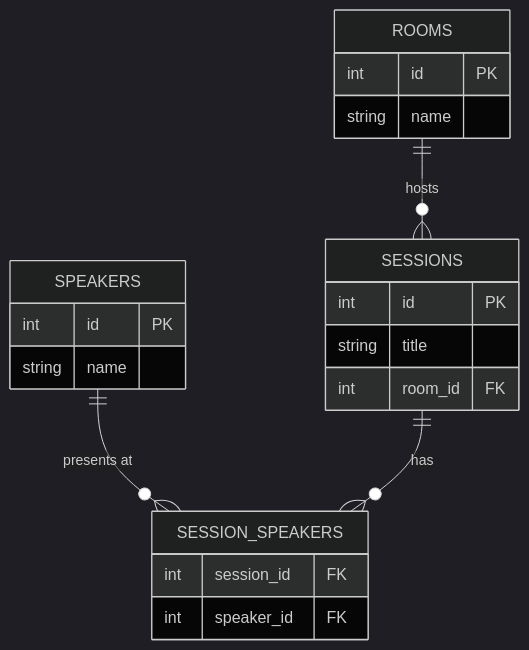
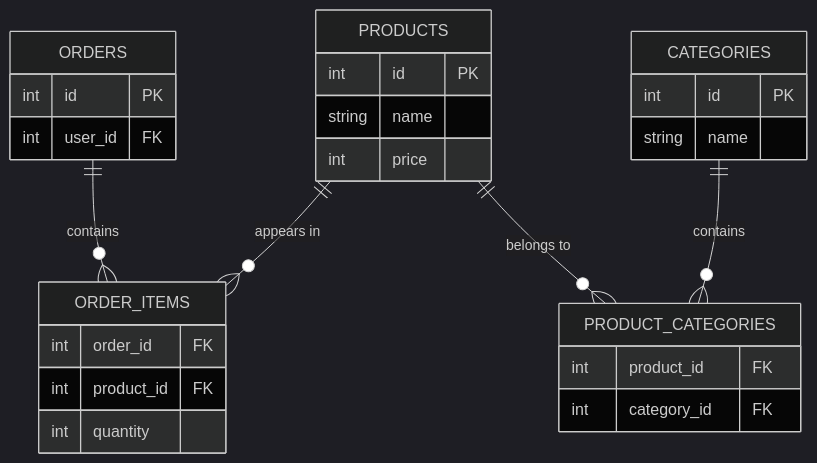
Before and after one commit to snesjhon/thinkdeep: the fourth of 4 diagrams in src/app/system-design/concepts/entity-relationship-modeling/concept.md, drawn with Mermaid (dark theme). The commit also changed other lines of this file and 1 other file, not shown here.

````diff
--- a/src/app/system-design/concepts/entity-relationship-modeling/concept.md
+++ b/src/app/system-design/concepts/entity-relationship-modeling/concept.md
@@ -43,24 +209,30 @@
 ```mermaid
 erDiagram
-    SPEAKERS {
+    ORDERS {
+        int id PK
+        int user_id FK
+    }
+    ORDER_ITEMS {
+        int order_id FK
+        int product_id FK
+        int quantity
+    }
+    PRODUCTS {
         int id PK
         string name
+        int price
     }
-    SESSION_SPEAKERS {
-        int session_id FK
-        int speaker_id FK
+    PRODUCT_CATEGORIES {
+        int product_id FK
+        int category_id FK
     }
-    SESSIONS {
-        int id PK
-        string title
-        int room_id FK
-    }
-    ROOMS {
+    CATEGORIES {
         int id PK
         string name
     }
 
-    SPEAKERS ||--o{ SESSION_SPEAKERS : "presents at"
-    SESSIONS ||--o{ SESSION_SPEAKERS : "has"
-    ROOMS ||--o{ SESSIONS : "hosts"
+    ORDERS ||--o{ ORDER_ITEMS : "contains"
+    PRODUCTS ||--o{ ORDER_ITEMS : "appears in"
+    PRODUCTS ||--o{ PRODUCT_CATEGORIES : "belongs to"
+    CATEGORIES ||--o{ PRODUCT_CATEGORIES : "contains"
 ```
````
